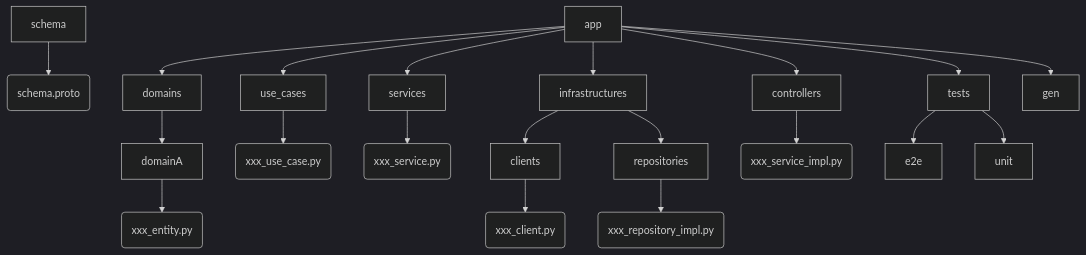
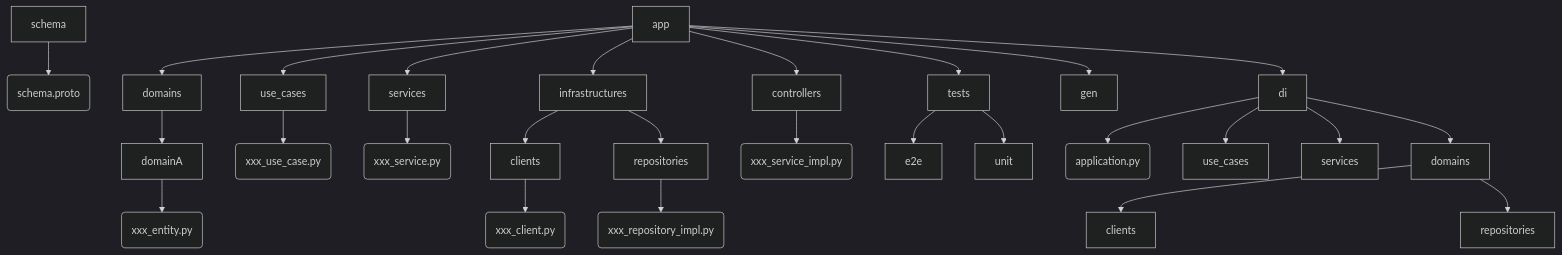
The second of 2 diagrams in designdoc.md (OhVIton/agepoyo), drawn with Mermaid (dark theme) before and after one commit. The commit also changed 1 other file, not shown here.

Commit message:
add adr and dd

````diff
--- a/designdoc.md
+++ b/designdoc.md
@@ -26,29 +26,37 @@
 ```mermaid
 flowchart TD
     schema --> schema.proto(schema.proto)
 
     app --> domains
     app --> use_cases
     app --> services
     app --> infrastructures
     app --> controllers
     app --> tests
     app --> gen
+    app --> di
 
     domains --> domainA
     domainA --> xxx_entity.py(xxx_entity.py)
 
     use_cases --> xxx_use_case.py(xxx_use_case.py)
 
     services --> xxx_service.py(xxx_service.py)
 
-    infrastructures --> clients
-    clients --> xxx_client_impl.py(xxx_client.py)
+    infrastructures --> infra-clients[clients]
+    infra-clients --> xxx_client_impl.py(xxx_client.py)
     infrastructures --> repositories
     repositories --> xxx_repository_impl.py(xxx_repository_impl.py)
 
     controllers --> xxx_service_impl.py(xxx_service_impl.py)
 
     tests --> e2e
     tests --> unit
+
+    di --> application.py(application.py)
+    di --> di-use_cases[use_cases]
+    di --> di-services[services]
+    di --> di-domains[domains]
+    di-domains --> domain-clients[clients]
+    di-domains --> di-repositories[repositories]
 ```
````
